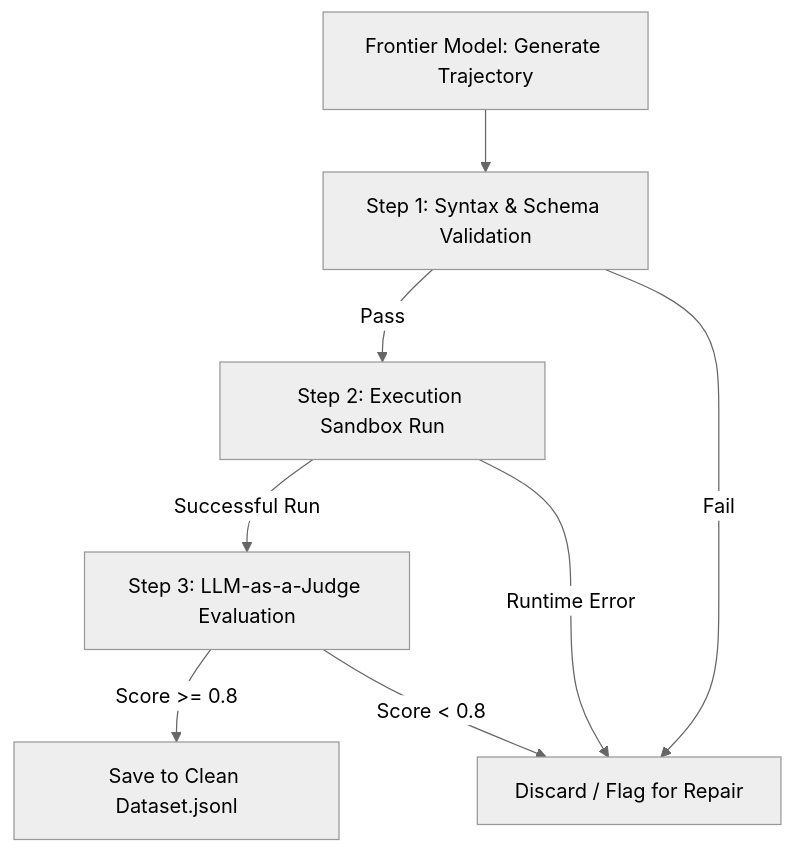
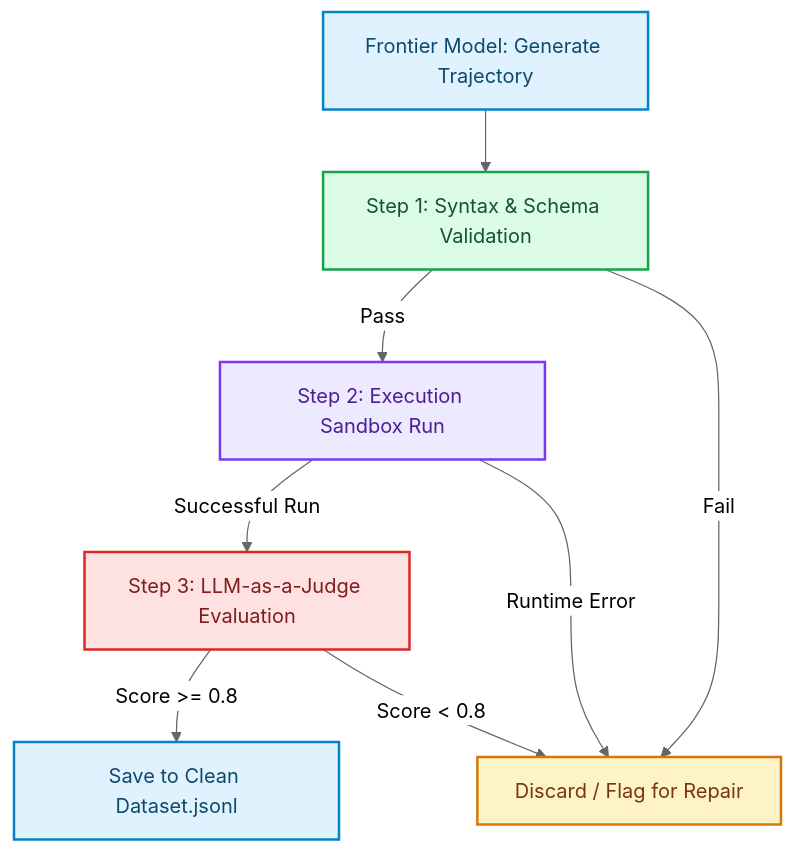
The diagram in blog/posts/distillation-synthetic-agent-trajectory-fine-tuning.md (akmalkhaniub/akmalkhaniub.github.io), drawn with Mermaid (neutral theme) before and after one commit. The commit also changed other lines of this file and 1291 other files, not shown here.

First line of the commit message:
feat(catalog): unique covers, scholarly references, and diagram palettes

````diff
--- a/blog/posts/distillation-synthetic-agent-trajectory-fine-tuning.md
+++ b/blog/posts/distillation-synthetic-agent-trajectory-fine-tuning.md
@@ -15,10 +15,21 @@
 ```mermaid
 flowchart TD
-  A[Frontier Model: Generate Trajectory] --> B[Step 1: Syntax & Schema Validation]
-  B -->|Pass| C[Step 2: Execution Sandbox Run]
-  B -->|Fail| X[Discard / Flag for Repair]
-  C -->|Successful Run| D[Step 3: LLM-as-a-Judge Evaluation]
+  A["Frontier Model: Generate Trajectory"] --> B["Step 1: Syntax & Schema Validation"]
+  B -->|Pass| C["Step 2: Execution Sandbox Run"]
+  B -->|Fail| X["Discard / Flag for Repair"]
+  C -->|Successful Run| D["Step 3: LLM-as-a-Judge Evaluation"]
   C -->|Runtime Error| X
-  D -->|Score >= 0.8| E[Save to Clean Dataset.jsonl]
+  D -->|Score >= 0.8| E["Save to Clean Dataset.jsonl"]
   D -->|Score < 0.8| X
+
+classDef green fill:#dcfce7,stroke:#16a34a,stroke-width:2px,color:#14532d;
+classDef red fill:#fee2e2,stroke:#dc2626,stroke-width:2px,color:#7f1d1d;
+classDef blue fill:#e0f2fe,stroke:#0284c7,stroke-width:2px,color:#0c4a6e;
+classDef yellow fill:#fef3c7,stroke:#d97706,stroke-width:2px,color:#78350f;
+classDef purple fill:#ede9fe,stroke:#7c3aed,stroke-width:2px,color:#4c1d95;
+class A,E blue
+class B green
+class C purple
+class X yellow
+class D red
 ```
````
